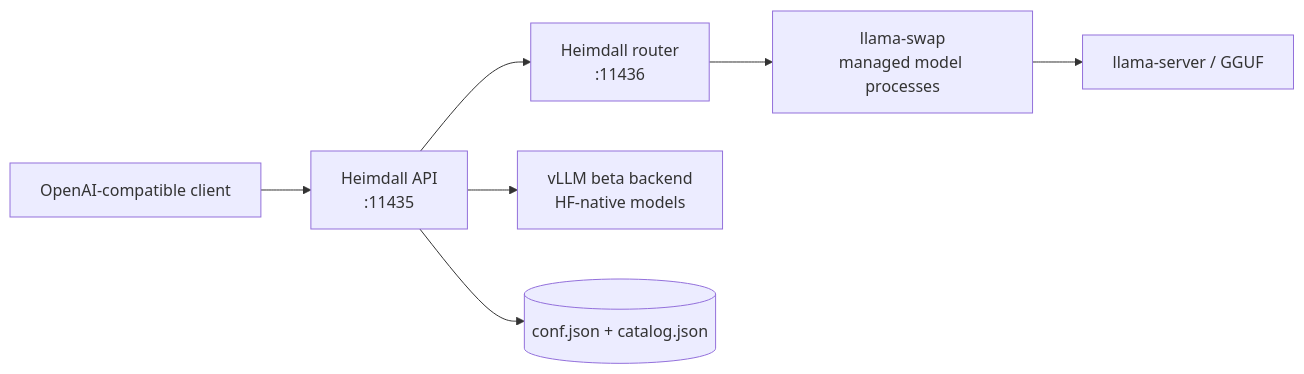
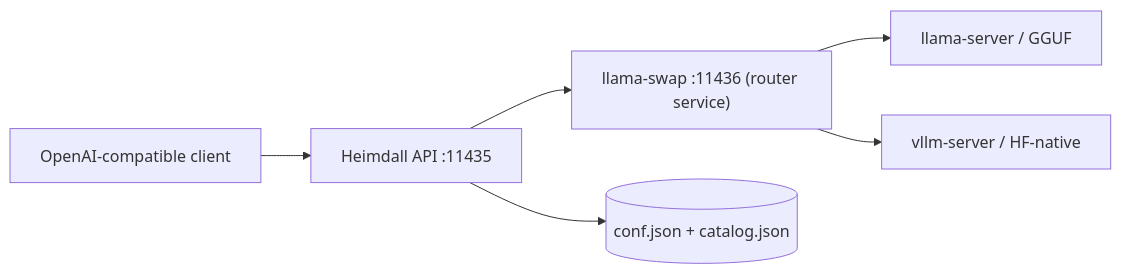
Before and after one commit to mpperez3/Heimdall-Gateway: the diagram in README.md, drawn with Mermaid. The commit also changed other lines of this file, not shown here.

````diff
--- a/README.md
+++ b/README.md
@@ -31,9 +32,8 @@
 ```mermaid
 flowchart LR
-    C[OpenAI-compatible client] --> A[Heimdall API\n:11435]
-    A --> S[Heimdall router\n:11436]
-    S --> LS[llama-swap\nmanaged model processes]
-    LS --> CPP[llama-server / GGUF]
-    A --> V[vLLM beta backend\nHF-native models]
-    A --> D[(conf.json + catalog.json)]
+    C[OpenAI-compatible client] --> A["Heimdall API :11435"]
+    A --> S["llama-swap :11436 (router service)"]
+    S --> CPP["llama-server / GGUF"]
+    S --> V["vllm-server / HF-native"]
+    A --> D[("conf.json + catalog.json")]
 ```
````
